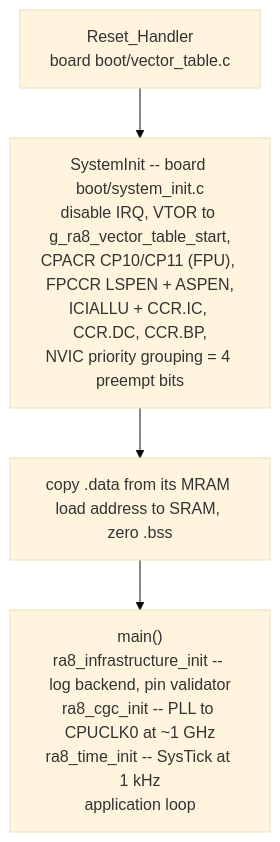
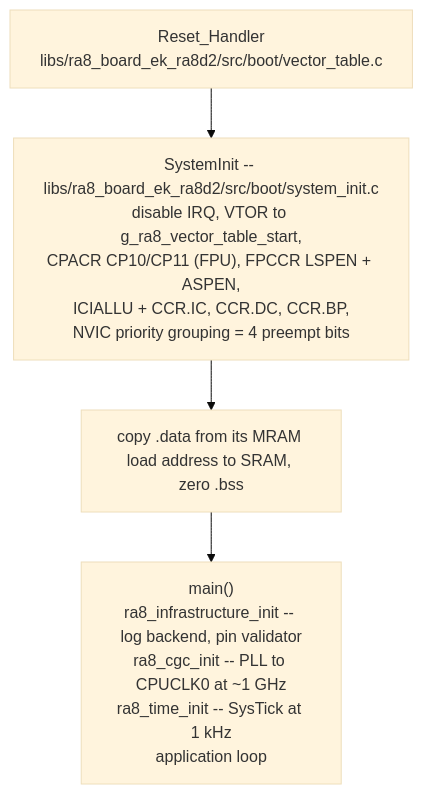
The second of 2 diagrams in docs/ARCHITECTURE.md (bsikar/ra8-firmware), drawn with Mermaid (base theme) before and after one commit. The commit also changed other lines of this file and 4788 other files, not shown here.

````diff
--- a/docs/ARCHITECTURE.md
+++ b/docs/ARCHITECTURE.md
@@ -86,9 +88,9 @@
 ```mermaid
 graph TD
-    RST["Reset_Handler<br/>board boot/vector_table.c"]
-    SI["SystemInit -- board boot/system_init.c<br/>disable IRQ, VTOR to g_ra8_vector_table_start,<br/>CPACR CP10/CP11 (FPU), FPCCR LSPEN + ASPEN,<br/>ICIALLU + CCR.IC, CCR.DC, CCR.BP,<br/>NVIC priority grouping = 4 preempt bits"]
+    RST["Reset_Handler<br/>libs/ra8_board_ek_ra8d2/src/boot/vector_table.c"]
+    SI["SystemInit -- libs/ra8_board_ek_ra8d2/src/boot/system_init.c<br/>disable IRQ, VTOR to g_ra8_vector_table_start,<br/>CPACR CP10/CP11 (FPU), FPCCR LSPEN + ASPEN,<br/>ICIALLU + CCR.IC, CCR.DC, CCR.BP,<br/>NVIC priority grouping = 4 preempt bits"]
     CPY["copy .data from its MRAM load address to SRAM, zero .bss"]
     MAIN["main()<br/>ra8_infrastructure_init -- log backend, pin validator<br/>ra8_cgc_init -- PLL to CPUCLK0 at ~1 GHz<br/>ra8_time_init -- SysTick at 1 kHz<br/>application loop"]
 
     RST --> SI --> CPY --> MAIN
 ```
````
